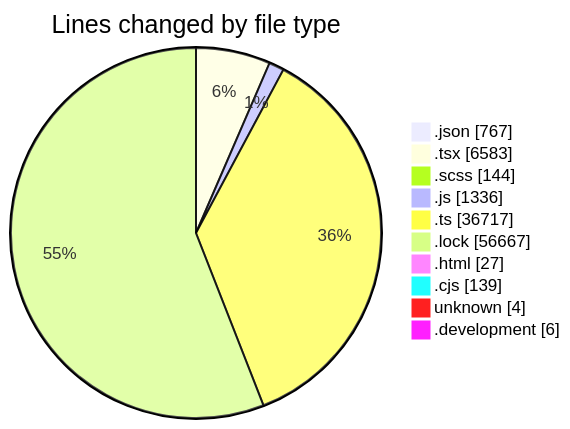
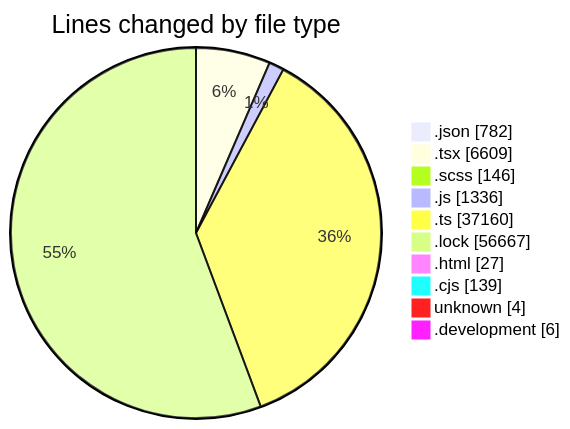
Before and after one commit to momahboobian/code-tracking: the first of 2 diagrams in 2026-09-03/cda/README.md, drawn with Mermaid. The commit also changed other lines of this file and 1 other file, not shown here.

````diff
--- a/2026-09-03/cda/README.md
+++ b/2026-09-03/cda/README.md
@@ -83,14 +83,14 @@
 ```mermaid
 pie showData
 title Lines changed by file type
-".json" : 767
-".tsx" : 6583
-".scss" : 144
+".json" : 782
+".tsx" : 6609
+".scss" : 146
 ".js" : 1336
-".ts" : 36717
+".ts" : 37160
 ".lock" : 56667
 ".html" : 27
 ".cjs" : 139
 "unknown" : 4
 ".development" : 6
 ```
````
